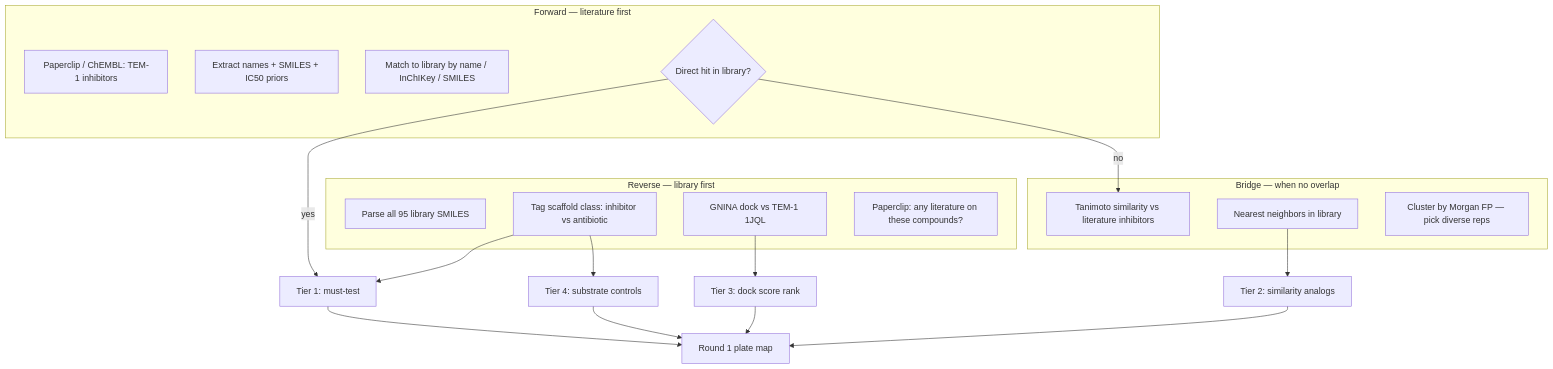
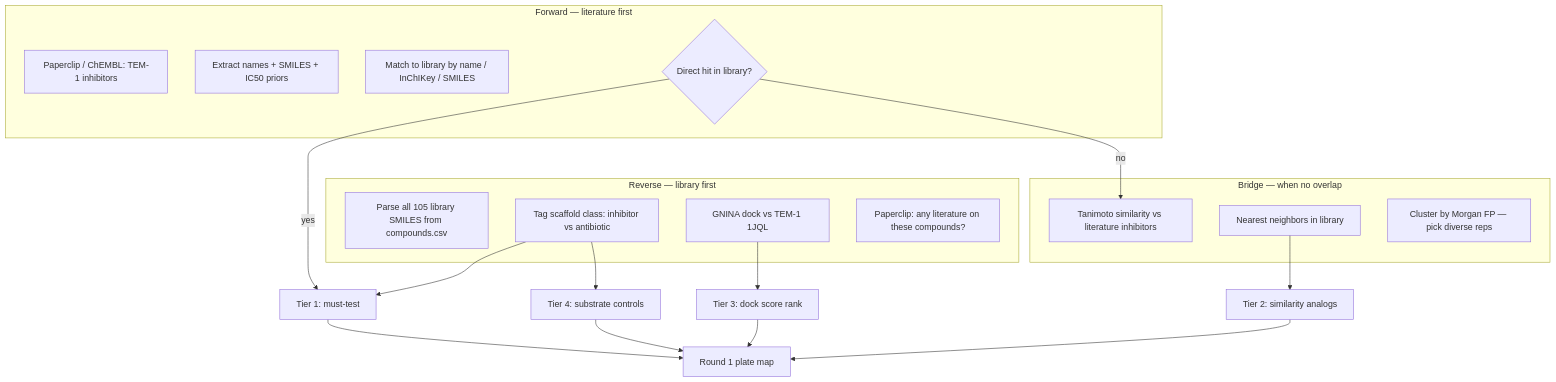
Before and after one commit to pvjthomas/beta-loop: the diagram in pvjthomas/COMPOUND_SELECTION.md, drawn with Mermaid. The commit also changed other lines of this file and 5 other files, not shown here.

First line of the commit message:
Add TargetMol compound library CSV and link in selection plan.

````diff
--- a/pvjthomas/COMPOUND_SELECTION.md
+++ b/pvjthomas/COMPOUND_SELECTION.md
@@ -23,33 +62,33 @@
 ```mermaid
 flowchart TB
   subgraph forward [Forward — literature first]
     L1[Paperclip / ChEMBL: TEM-1 inhibitors]
     L2[Extract names + SMILES + IC50 priors]
     L3[Match to library by name / InChIKey / SMILES]
     L4{Direct hit in library?}
   end
 
   subgraph reverse [Reverse — library first]
-    R1[Parse all 95 library SMILES]
+    R1[Parse all 105 library SMILES from compounds.csv]
     R2[Tag scaffold class: inhibitor vs antibiotic]
     R3[GNINA dock vs TEM-1 1JQL]
     R4[Paperclip: any literature on these compounds?]
   end
 
   subgraph bridge [Bridge — when no overlap]
     B1[Tanimoto similarity vs literature inhibitors]
     B2[Nearest neighbors in library]
     B3[Cluster by Morgan FP — pick diverse reps]
   end
 
   L4 -->|yes| T1[Tier 1: must-test]
   L4 -->|no| B1
   B2 --> T2[Tier 2: similarity analogs]
   R2 --> T1
   R3 --> T3[Tier 3: dock score rank]
   R2 --> T4[Tier 4: substrate controls]
   T1 --> PLATE[Round 1 plate map]
   T2 --> PLATE
   T3 --> PLATE
   T4 --> PLATE
 ```
````
